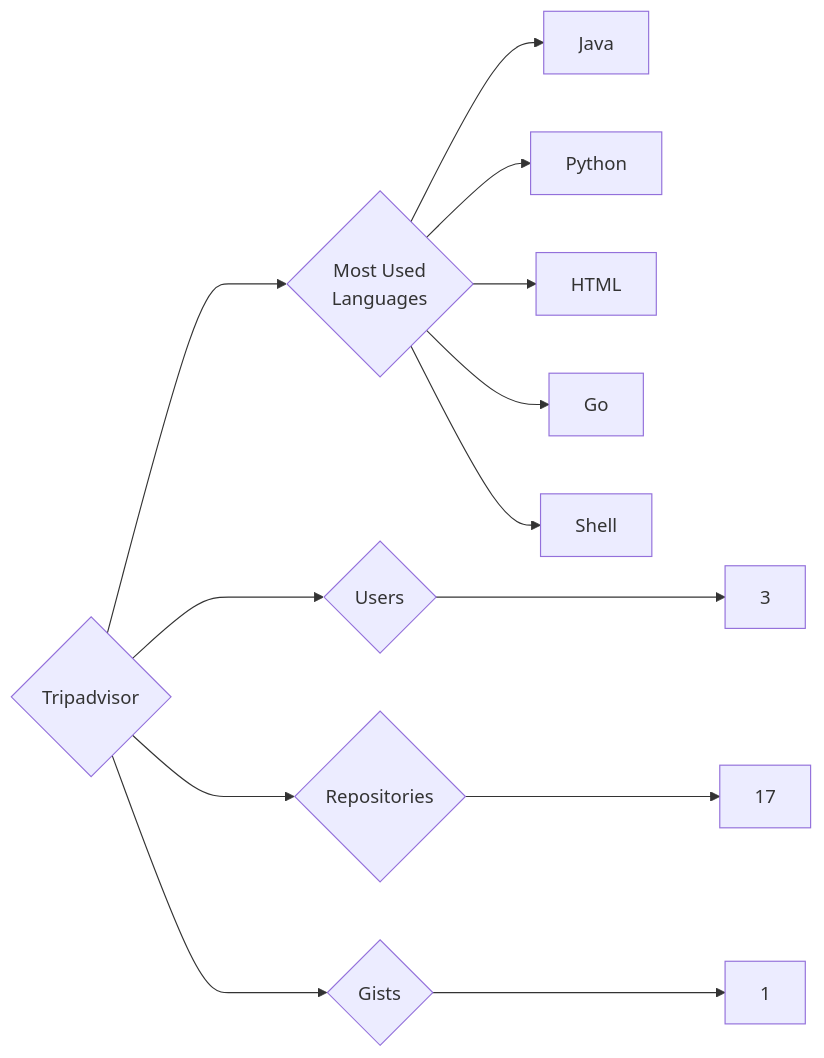
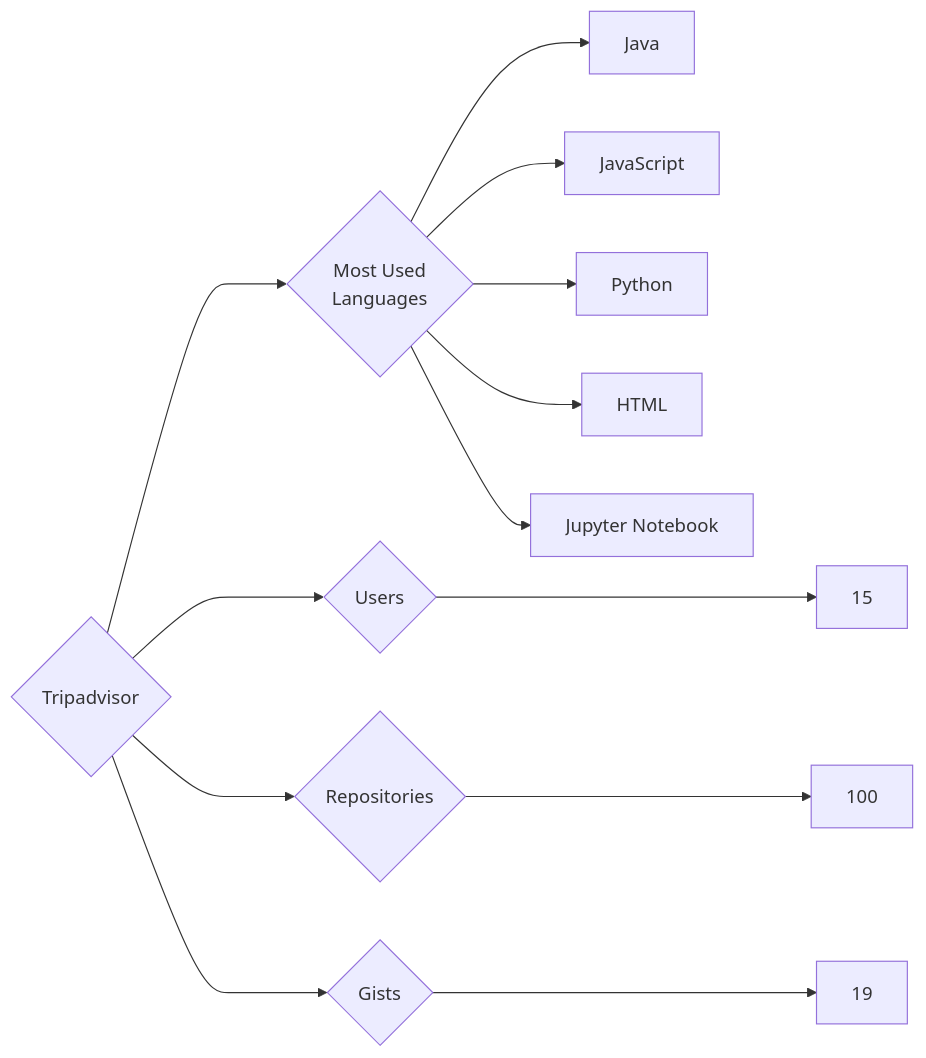
One commit to trickest/insiders changed the diagram in targets/Tripadvisor/README.md. Above: the diagram before and after it, drawn with Mermaid. The commit also changed 799 other files, not shown here.

````diff
--- a/targets/Tripadvisor/README.md
+++ b/targets/Tripadvisor/README.md
@@ -3,13 +3,13 @@
 ```mermaid
 graph LR
 COMPANY_NAME{Tripadvisor}
-COMPANY_NAME ---> U{Users} ---> UN[3]
-COMPANY_NAME ---> R{Repositories} ---> RN[17]
-COMPANY_NAME ---> G{Gists} ---> GN[1]
+COMPANY_NAME ---> U{Users} ---> UN[15]
+COMPANY_NAME ---> R{Repositories} ---> RN[100]
+COMPANY_NAME ---> G{Gists} ---> GN[19]
 COMPANY_NAME ---> ML{Most Used<br>Languages}
 ML --> Java[Java]
+ML --> JavaScript[JavaScript]
 ML --> Python[Python]
 ML --> HTML[HTML]
-ML --> Go[Go]
-ML --> Shell[Shell]
+ML --> Jupyter_Notebook[Jupyter Notebook]
 ```
````
